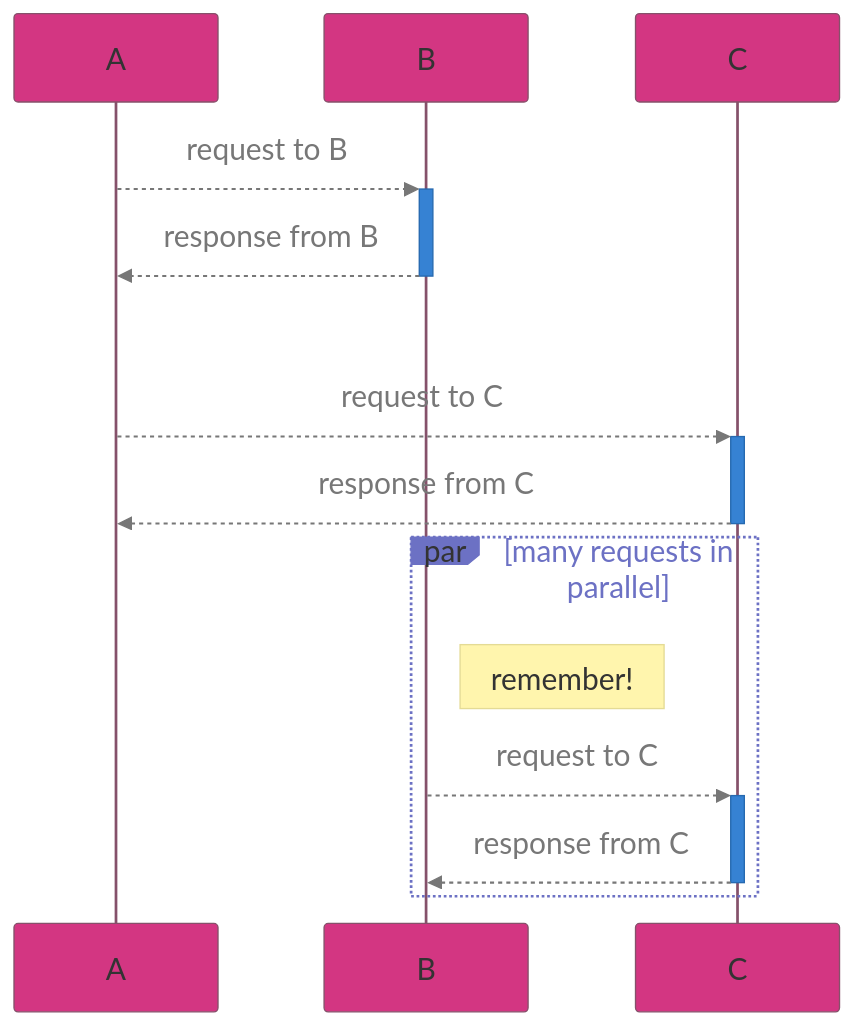
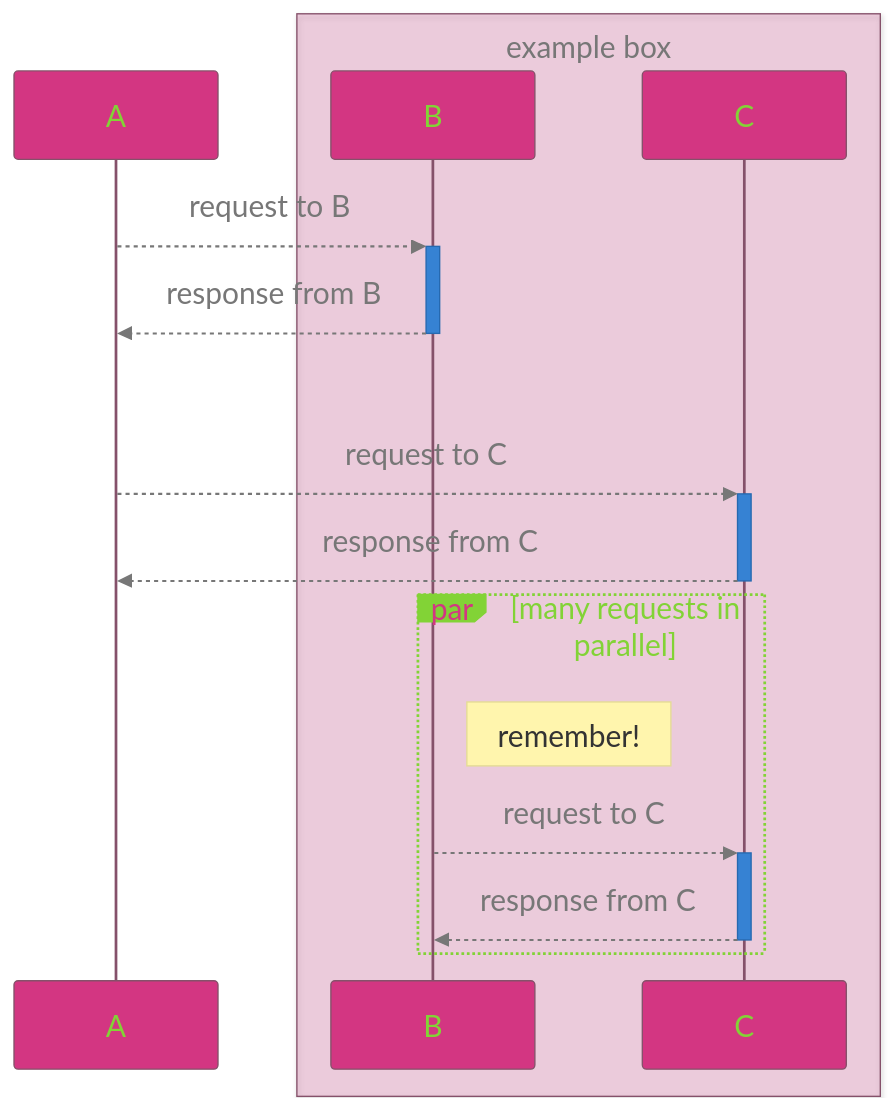
One commit to samspills/blerf changed the diagram in blerf.org. Above: the diagram before and after it, drawn with Mermaid. The commit also changed other lines of this file and 1 other file, not shown here.

Commit message:
config update

```diff
--- a/blerf.org
+++ b/blerf.org
@@ -67,26 +67,32 @@
 #+begin_src mermaid
 ---
 config:
   theme: base
   themeVariables:
     textColor: "#777"
     primaryColor: "#d33682"
-    loopTextColor: "#6c71c4"
-    labelBoxBkgColor: "#6c71c4"
-    labelBoxBorderColor: "#6c71c4"
+    primaryTextColor: "#82d336"
+    secondaryColor: "#3682D3"
+    loopTextColor: "#82d336"
+    labelBoxBkgColor: "#82d336"
+    labelBoxBorderColor: "#82d336"
+    labelTextColor: "#d33682"
+    lineColor: "#777"
   fontSize: 22
 ---
 sequenceDiagram
     participant A
-    participant B
-    participant C
+    box rgba(211, 54, 130, 0.2) example box
+      participant B
+      participant C
+    end
     A-->>+B: request to B
     B-->>-A: response from B
     A-->>+C: <br/><br/>request to C
     C-->>-A: response from C
     par many requests in parallel
-    note right of B: remember!
-    B-->>+C: request to C
-    C-->>-B: response from C
+      note right of B: remember!
+      B-->>+C: request to C
+      C-->>-B: response from C
     end
 #+end_src
```
